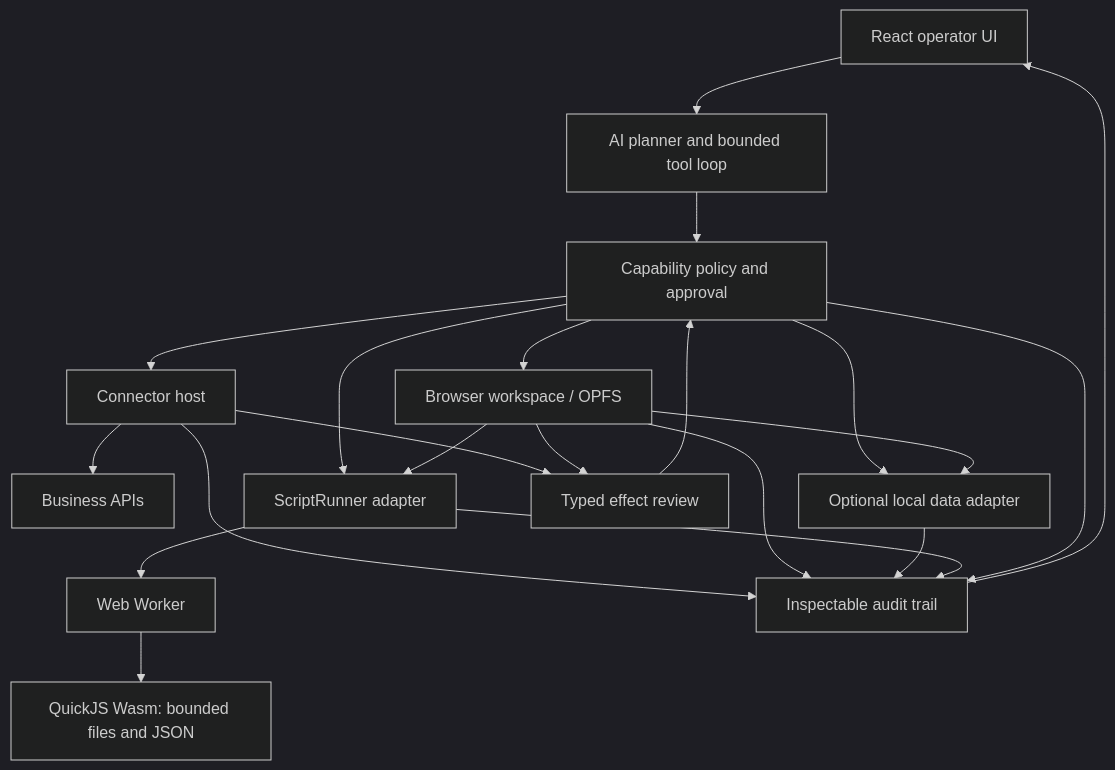
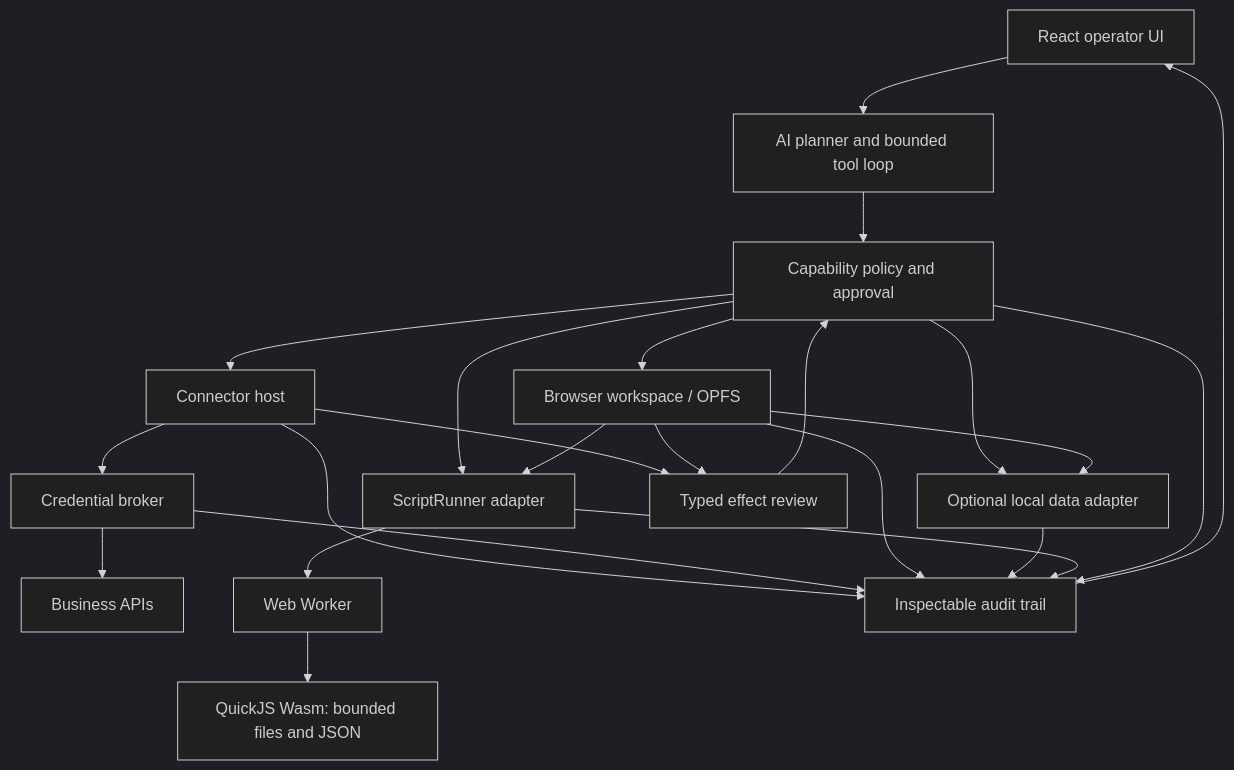
Before and after one commit to haya-inc/wasmhatch: the diagram in docs/plan.md, drawn with Mermaid (dark theme). The commit also changed other lines of this file and 12 other files, not shown here.

Commit message:
Add manifest-bound connector credential broker

````diff
--- a/docs/plan.md
+++ b/docs/plan.md
@@ -165,36 +171,39 @@
 ```mermaid
 flowchart TD
     UI["React operator UI"]
     AG["AI planner and bounded tool loop"]
     POL["Capability policy and approval"]
     CONN["Connector host"]
+    BROKER["Credential broker"]
     APIS["Business APIs"]
     VFS["Browser workspace / OPFS"]
     DB["Optional local data adapter"]
     SCRIPT["ScriptRunner adapter"]
     WORKER["Web Worker"]
     QJS["QuickJS Wasm: bounded files and JSON"]
     REVIEW["Typed effect review"]
     AUDIT["Inspectable audit trail"]
 
     UI --> AG
     AG --> POL
     POL --> CONN
-    CONN --> APIS
+    CONN --> BROKER
+    BROKER --> APIS
     POL --> VFS
     POL --> DB
     POL --> SCRIPT
     SCRIPT --> WORKER
     WORKER --> QJS
     VFS --> SCRIPT
     VFS --> DB
     CONN --> REVIEW
     VFS --> REVIEW
     REVIEW --> POL
     CONN --> AUDIT
+    BROKER --> AUDIT
     VFS --> AUDIT
     DB --> AUDIT
     SCRIPT --> AUDIT
     POL --> AUDIT
     AUDIT --> UI
 ```
````
